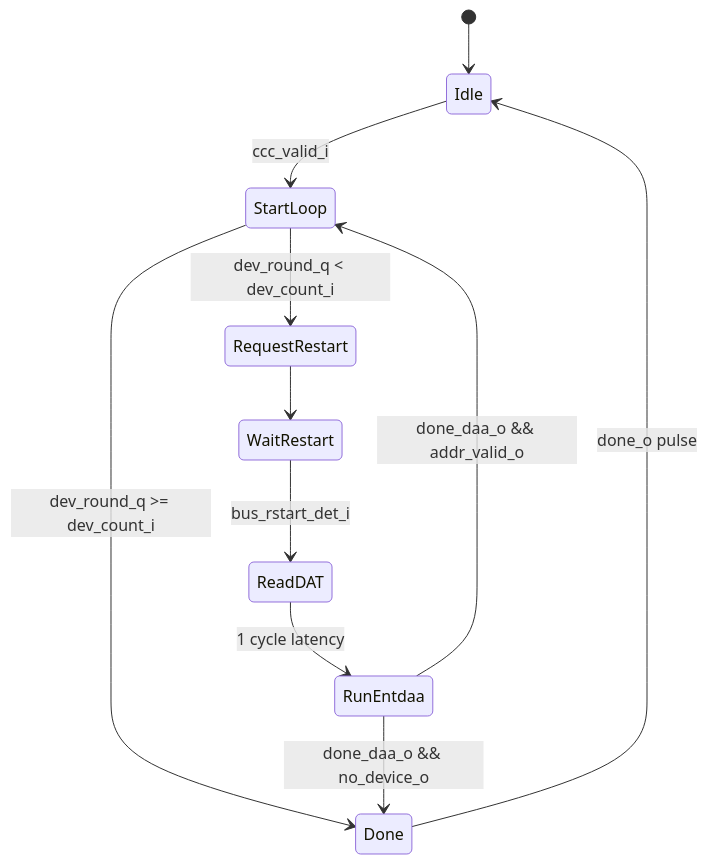
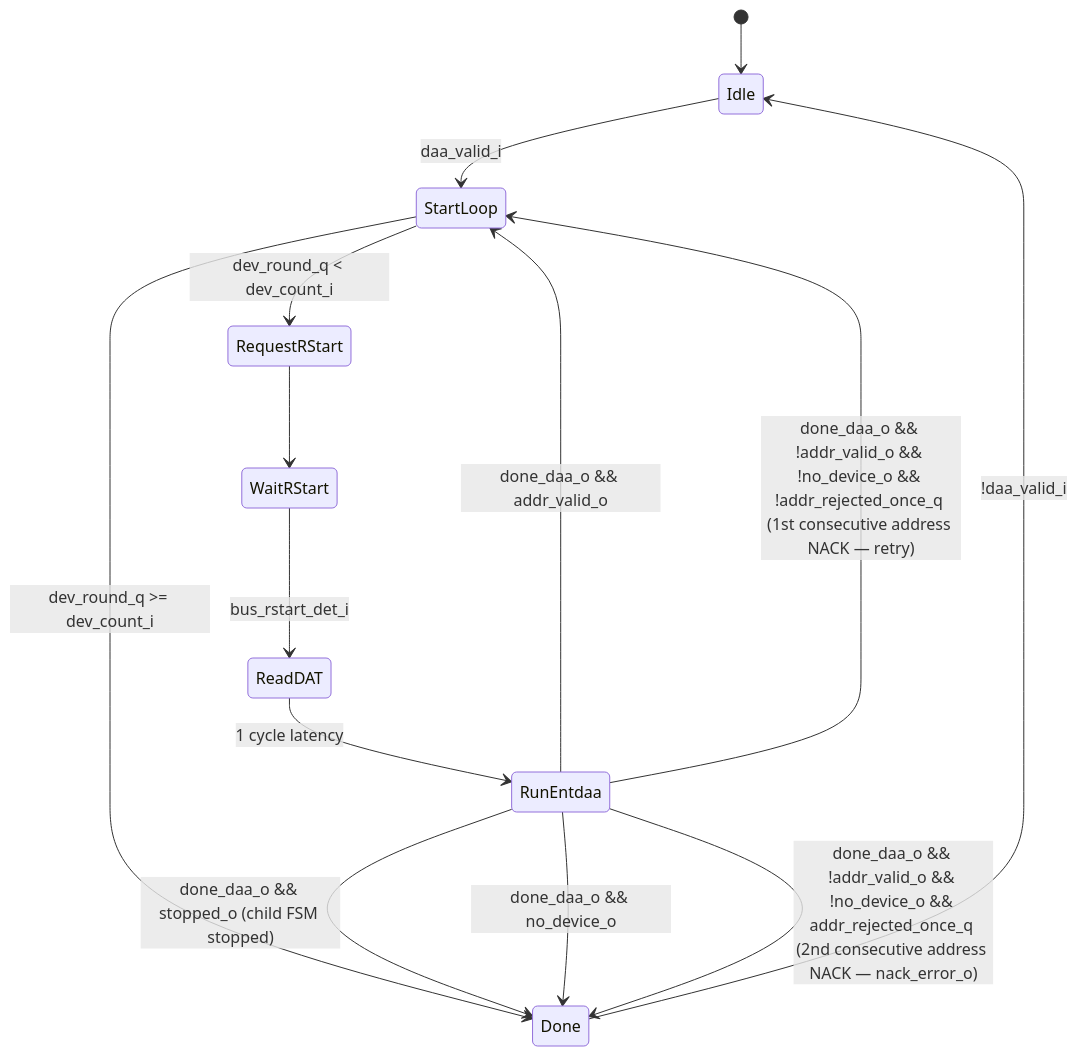
One commit to minhuy206/i3c changed the diagram in docs/module_specs/08_entdaa_controller_spec.md. Above: the diagram before and after it, drawn with Mermaid. The commit also changed other lines of this file and 33 other files, not shown here.

````diff
--- a/docs/module_specs/08_entdaa_controller_spec.md
+++ b/docs/module_specs/08_entdaa_controller_spec.md
@@ -153,20 +158,23 @@
 ```mermaid
 stateDiagram-v2
     [*] --> Idle
 
-    Idle --> StartLoop: ccc_valid_i
+    Idle --> StartLoop: daa_valid_i
 
-    StartLoop --> RequestRestart: dev_round_q < dev_count_i
+    StartLoop --> RequestRStart: dev_round_q < dev_count_i
     StartLoop --> Done: dev_round_q >= dev_count_i
 
-    RequestRestart --> WaitRestart
+    RequestRStart --> WaitRStart
 
-    WaitRestart --> ReadDAT: bus_rstart_det_i
+    WaitRStart --> ReadDAT: bus_rstart_det_i
 
     ReadDAT --> RunEntdaa: 1 cycle latency
 
+    RunEntdaa --> Done: done_daa_o && stopped_o (child FSM stopped)
     RunEntdaa --> StartLoop: done_daa_o && addr_valid_o
     RunEntdaa --> Done: done_daa_o && no_device_o
+    RunEntdaa --> StartLoop: done_daa_o && !addr_valid_o && !no_device_o && !addr_rejected_once_q (1st consecutive address NACK — retry)
+    RunEntdaa --> Done: done_daa_o && !addr_valid_o && !no_device_o && addr_rejected_once_q (2nd consecutive address NACK — nack_error_o)
 
-    Done --> Idle: done_o pulse
+    Done --> Idle: !daa_valid_i
 ```
````
